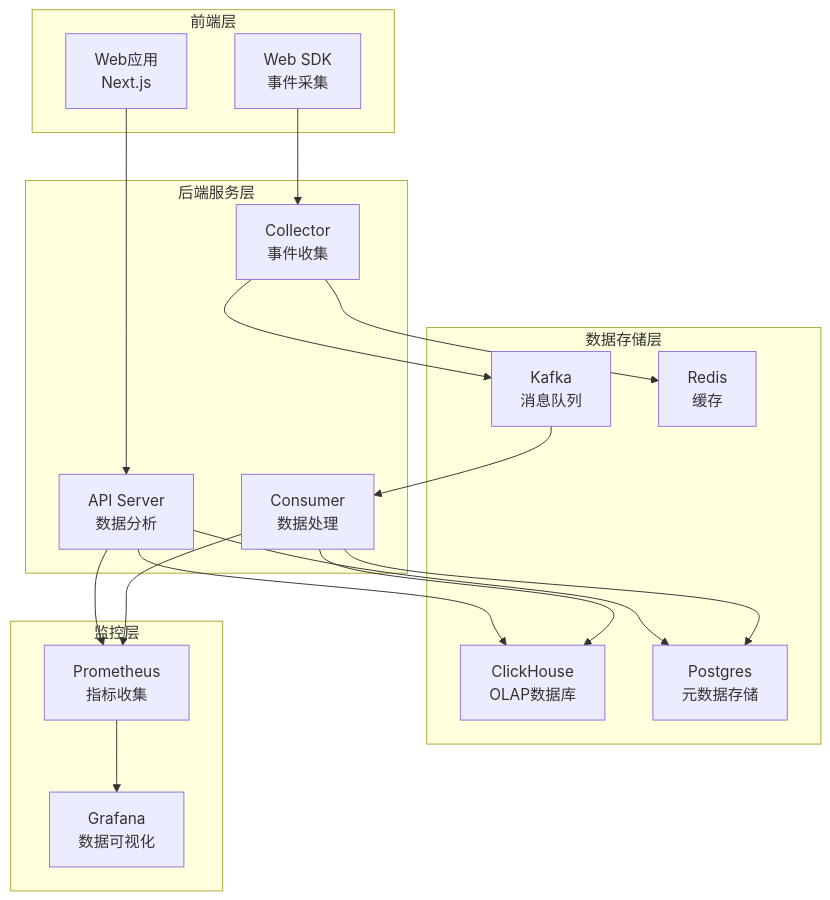
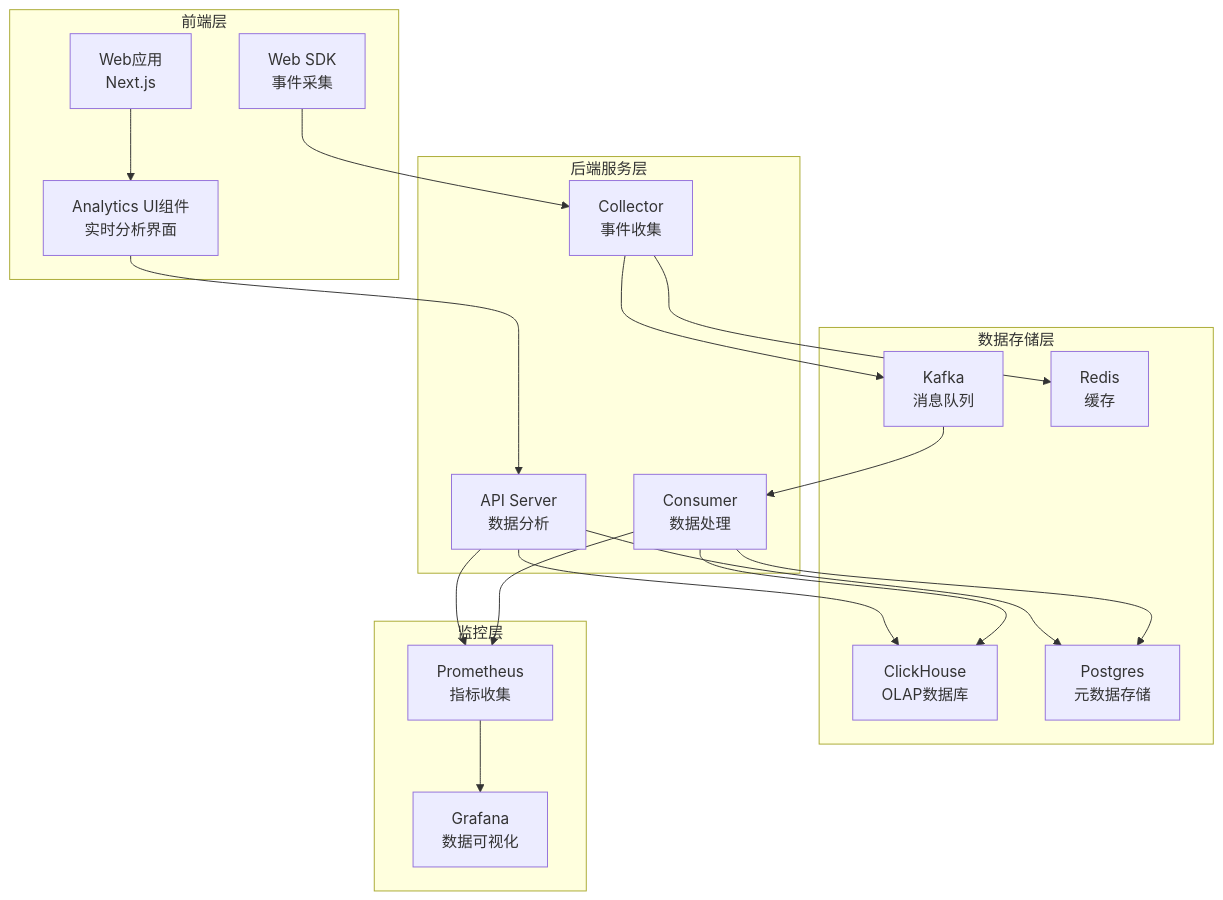
The first of 11 diagrams in .qoder/repowiki/zh/content/Web控制台/实时分析功能.md (zhen-zhong/AeroLog), drawn with Mermaid before and after one commit. The commit also changed other lines of this file and 84 other files, not shown here.

````diff
--- a/.qoder/repowiki/zh/content/Web控制台/实时分析功能.md
+++ b/.qoder/repowiki/zh/content/Web控制台/实时分析功能.md
@@ -48,34 +57,36 @@
 ```mermaid
 graph TB
 subgraph "前端层"
 WEB[Web应用<br/>Next.js]
 SDK[Web SDK<br/>事件采集]
+ANALYTICS_UI[Analytics UI组件<br/>实时分析界面]
 end
 subgraph "后端服务层"
 COLLECTOR[Collector<br/>事件收集]
 CONSUMER[Consumer<br/>数据处理]
 API[API Server<br/>数据分析]
 end
 subgraph "数据存储层"
 KAFKA[Kafka<br/>消息队列]
 CLICKHOUSE[ClickHouse<br/>OLAP数据库]
 POSTGRES[Postgres<br/>元数据存储]
 REDIS[Redis<br/>缓存]
 end
 subgraph "监控层"
 PROMETHEUS[Prometheus<br/>指标收集]
 GRAFANA[Grafana<br/>数据可视化]
 end
-WEB --> API
+WEB --> ANALYTICS_UI
+ANALYTICS_UI --> API
 SDK --> COLLECTOR
 COLLECTOR --> KAFKA
 KAFKA --> CONSUMER
 CONSUMER --> CLICKHOUSE
 CONSUMER --> POSTGRES
 API --> CLICKHOUSE
 API --> POSTGRES
 COLLECTOR --> REDIS
 CONSUMER --> PROMETHEUS
 API --> PROMETHEUS
 PROMETHEUS --> GRAFANA
 ```
````
